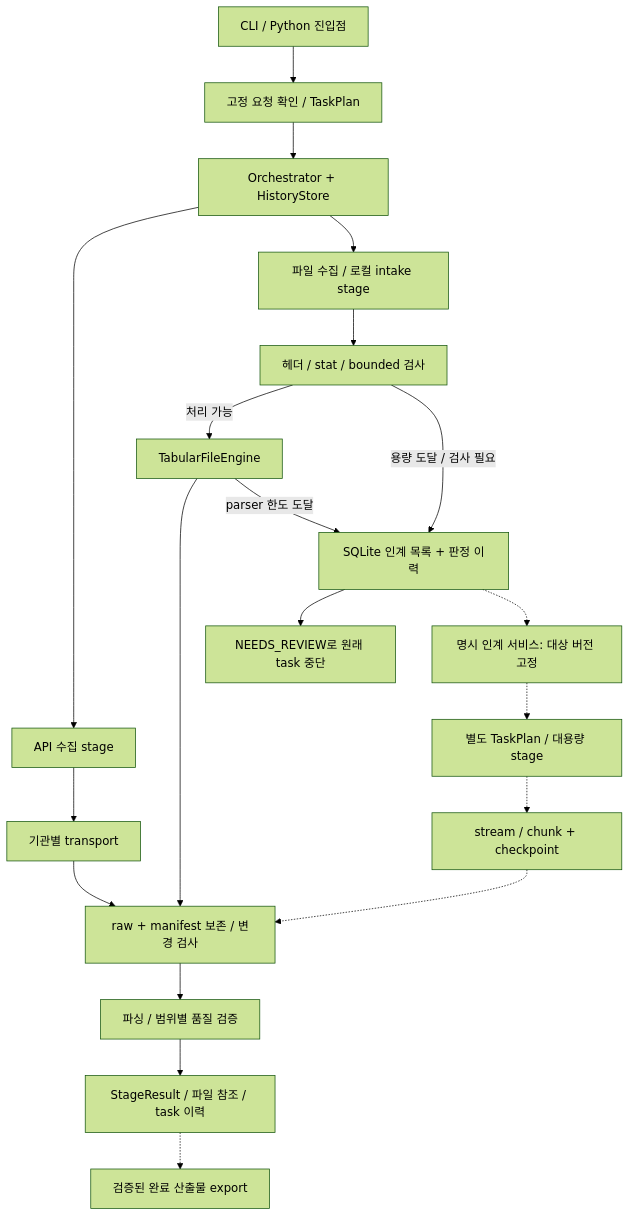
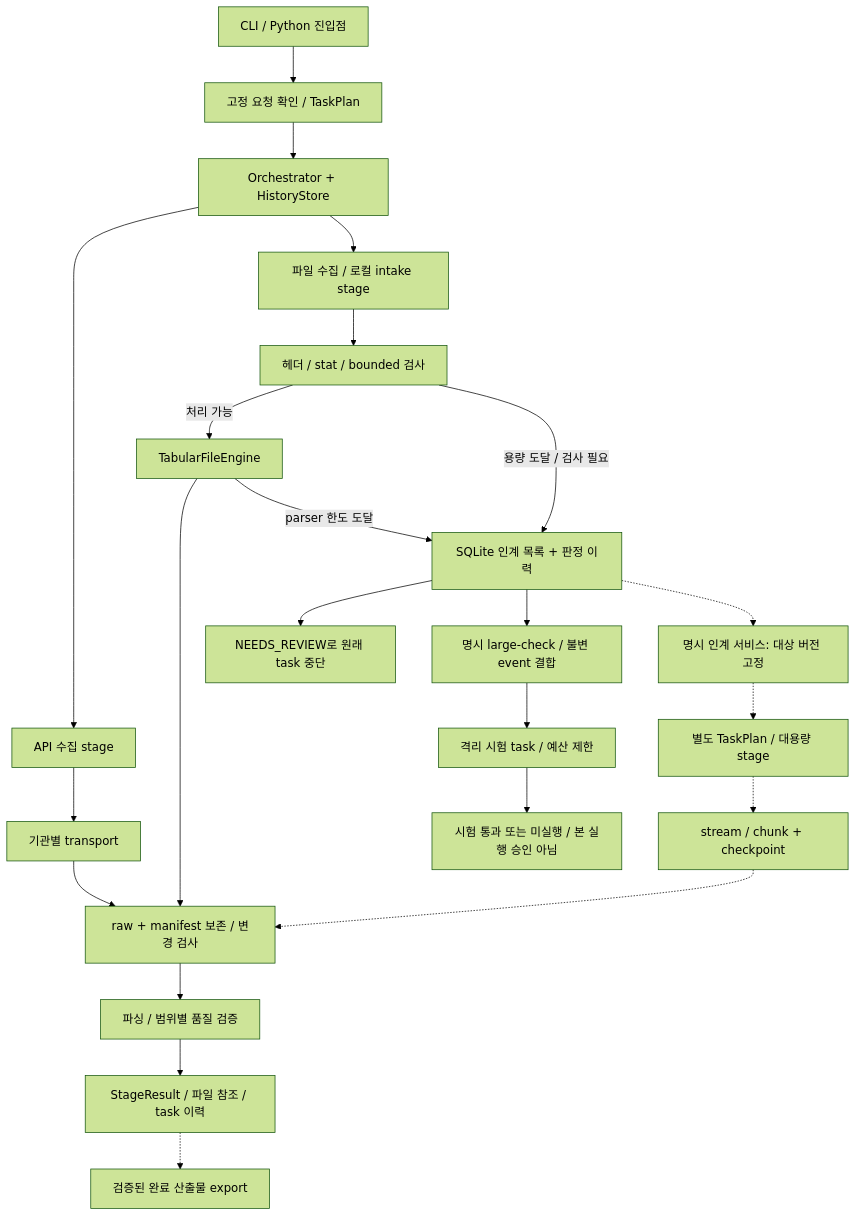
Before and after one commit to jaeu983-lang/MacroAtlas: the diagram in docs/ENGINE_CONNECTIONS.md, drawn with Mermaid (forest theme). The commit also changed other lines of this file and 17 other files, not shown here.

````diff
--- a/docs/ENGINE_CONNECTIONS.md
+++ b/docs/ENGINE_CONNECTIONS.md
@@ -6,22 +6,25 @@
 ```mermaid
 flowchart TD
     CLI[CLI / Python 진입점] --> PLAN[고정 요청 확인 / TaskPlan]
     PLAN --> RUN[Orchestrator + HistoryStore]
     RUN --> API[API 수집 stage]
     RUN --> FILE[파일 수집 / 로컬 intake stage]
     API --> HTTP[기관별 transport]
     HTTP --> RAW[raw + manifest 보존 / 변경 검사]
     RAW --> VALID[파싱 / 범위별 품질 검증]
     FILE --> SIZE[헤더 / stat / bounded 검사]
     SIZE -->|처리 가능| SMALL[TabularFileEngine]
     SMALL --> RAW
     SIZE -->|용량 도달 / 검사 필요| DEFER[SQLite 인계 목록 + 판정 이력]
     SMALL -->|parser 한도 도달| DEFER
     VALID --> RESULT[StageResult / 파일 참조 / task 이력]
     DEFER --> STOP[NEEDS_REVIEW로 원래 task 중단]
+    DEFER --> TRIAL[명시 large-check / 불변 event 결합]
+    TRIAL --> QUAL[격리 시험 task / 예산 제한]
+    QUAL --> PROOF[시험 통과 또는 미실행 / 본 실행 승인 아님]
     DEFER -.-> HANDOFF[명시 인계 서비스: 대상 버전 고정]
     HANDOFF -.-> CHILD[별도 TaskPlan / 대용량 stage]
     CHILD -.-> LARGE[stream / chunk + checkpoint]
     LARGE -.-> RAW
     RESULT -.-> EXPORT[검증된 완료 산출물 export]
 ```
````
